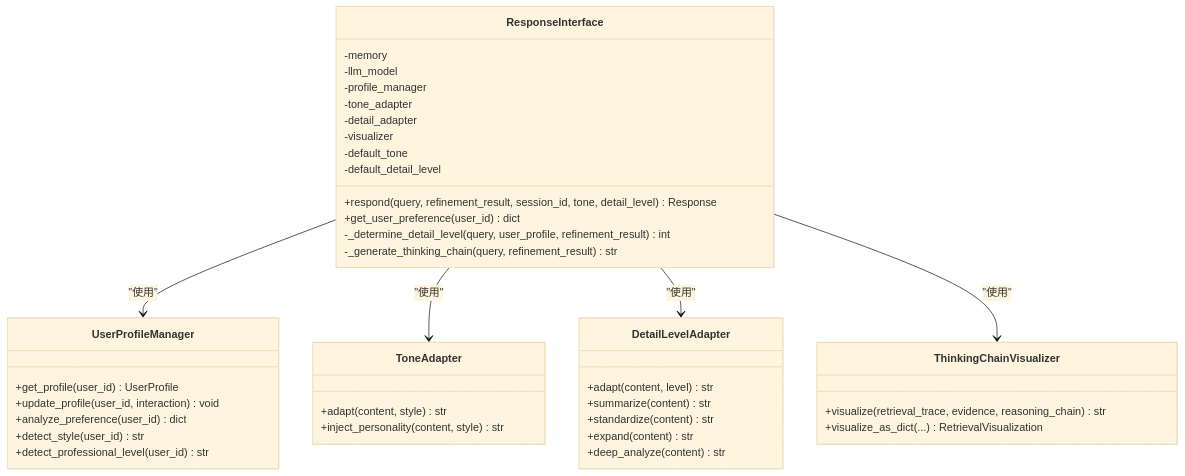
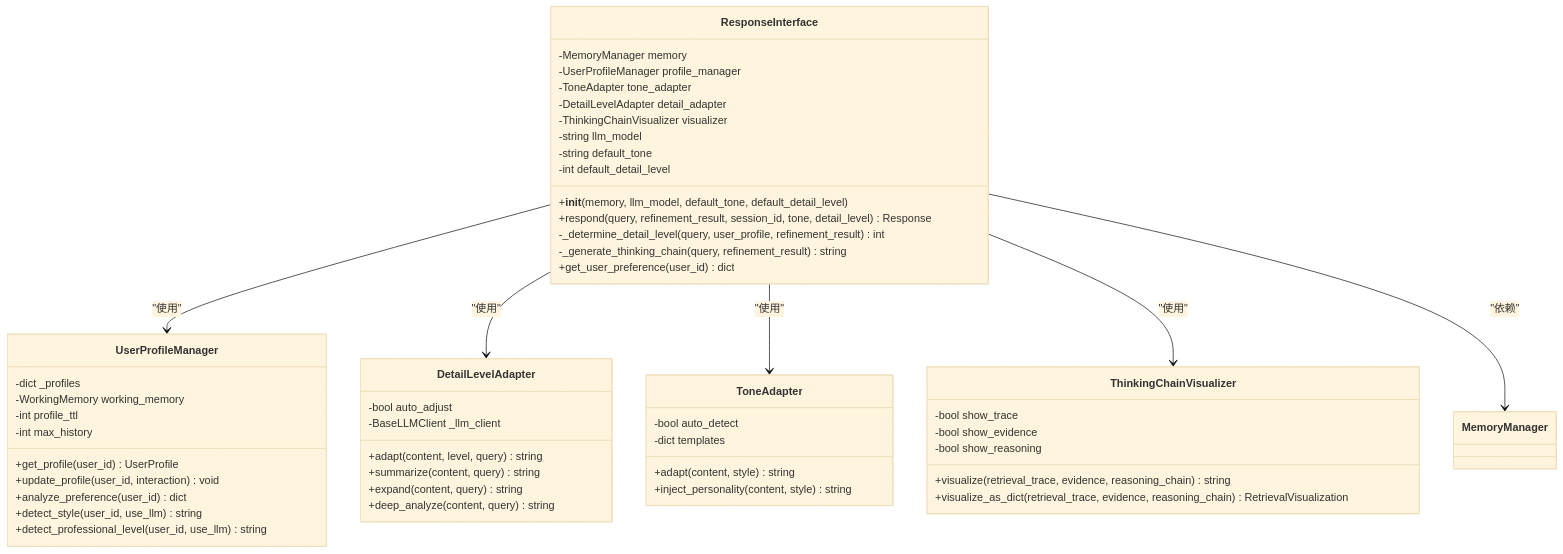
One commit to JieGaoPrinceton/NecoRAG changed the third of 11 diagrams in .qoder/repowiki/zh/content/交互层模块/响应接口核心.md. Above: the diagram before and after it, drawn with Mermaid (base theme). The commit also changed other lines of this file and 181 other files, not shown here.

````diff
--- a/.qoder/repowiki/zh/content/交互层模块/响应接口核心.md
+++ b/.qoder/repowiki/zh/content/交互层模块/响应接口核心.md
@@ -158,43 +179,55 @@
 ```mermaid
 classDiagram
 class ResponseInterface {
+-MemoryManager memory
+-UserProfileManager profile_manager
+-ToneAdapter tone_adapter
+-DetailLevelAdapter detail_adapter
+-ThinkingChainVisualizer visualizer
+-string llm_model
+-string default_tone
+-int default_detail_level
++__init__(memory, llm_model, default_tone, default_detail_level)
 +respond(query, refinement_result, session_id, tone, detail_level) Response
+-_determine_detail_level(query, user_profile, refinement_result) int
+-_generate_thinking_chain(query, refinement_result) string
 +get_user_preference(user_id) dict
--_determine_detail_level(query, user_profile, refinement_result) int
--_generate_thinking_chain(query, refinement_result) str
--memory
--llm_model
--profile_manager
--tone_adapter
--detail_adapter
--visualizer
--default_tone
--default_detail_level
 }
 class UserProfileManager {
+-dict _profiles
+-WorkingMemory working_memory
+-int profile_ttl
+-int max_history
 +get_profile(user_id) UserProfile
 +update_profile(user_id, interaction) void
 +analyze_preference(user_id) dict
-+detect_style(user_id) str
-+detect_professional_level(user_id) str
++detect_style(user_id, use_llm) string
++detect_professional_level(user_id, use_llm) string
+}
+class DetailLevelAdapter {
+-bool auto_adjust
+-BaseLLMClient _llm_client
++adapt(content, level, query) string
++summarize(content, query) string
++expand(content, query) string
++deep_analyze(content, query) string
 }
 class ToneAdapter {
-+adapt(content, style) str
-+inject_personality(content, style) str
-}
-class DetailLevelAdapter {
-+adapt(content, level) str
-+summarize(content) str
-+standardize(content) str
-+expand(content) str
-+deep_analyze(content) str
+-bool auto_detect
+-dict templates
++adapt(content, style) string
++inject_personality(content, style) string
 }
 class ThinkingChainVisualizer {
-+visualize(retrieval_trace, evidence, reasoning_chain) str
-+visualize_as_dict(...) RetrievalVisualization
+-bool show_trace
+-bool show_evidence
+-bool show_reasoning
++visualize(retrieval_trace, evidence, reasoning_chain) string
++visualize_as_dict(retrieval_trace, evidence, reasoning_chain) RetrievalVisualization
 }
 ResponseInterface --> UserProfileManager : "使用"
+ResponseInterface --> DetailLevelAdapter : "使用"
 ResponseInterface --> ToneAdapter : "使用"
-ResponseInterface --> DetailLevelAdapter : "使用"
 ResponseInterface --> ThinkingChainVisualizer : "使用"
+ResponseInterface --> MemoryManager : "依赖"
 ```
````
